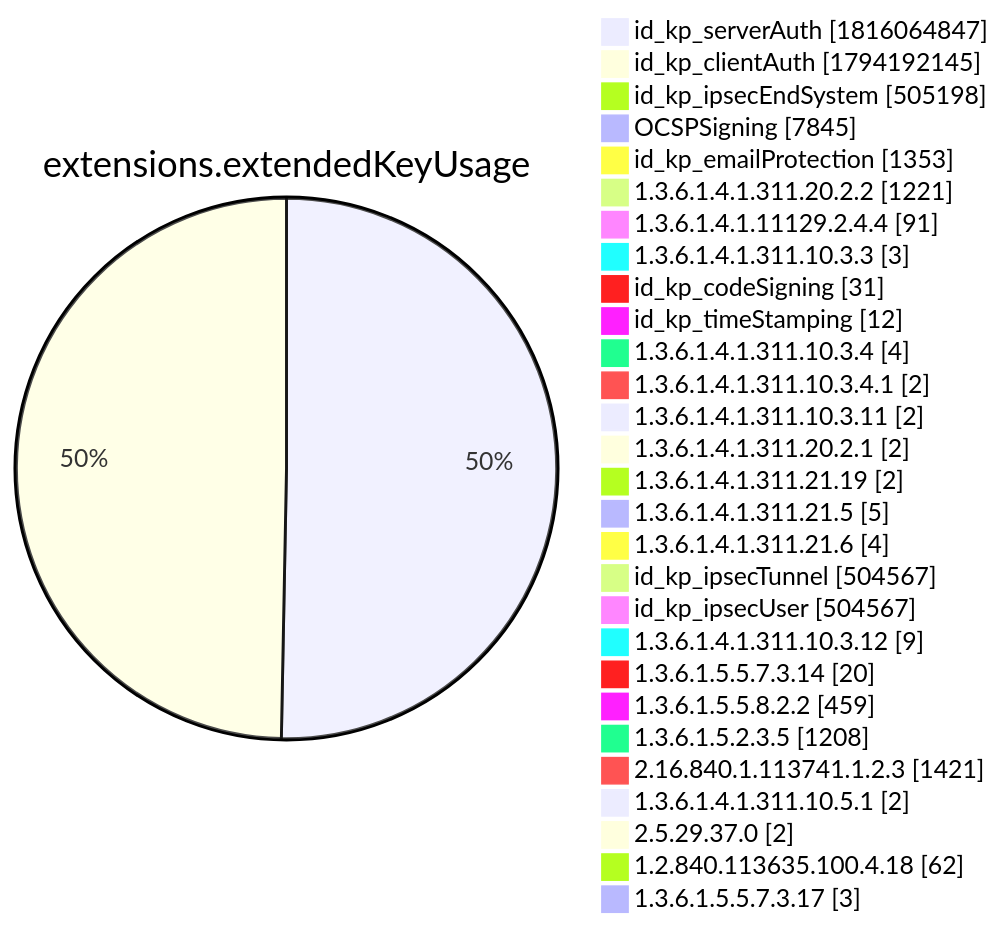
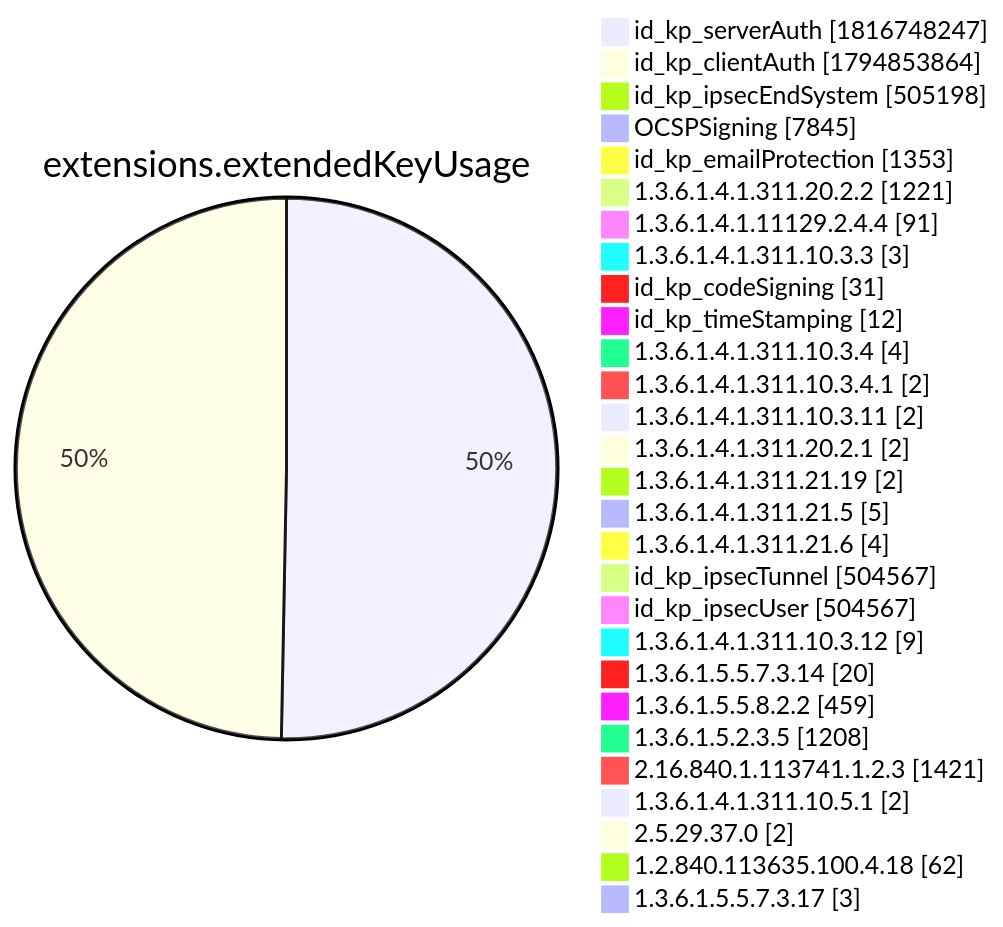
One commit to christiankrug/ctmonitor_visualization changed diagram 12 of 15 in xenon2022/README.md. Above: the diagram before and after it, drawn with Mermaid. The commit also changed other lines of this file, not shown here.

````diff
--- a/xenon2022/README.md
+++ b/xenon2022/README.md
@@ -3895,32 +3895,32 @@
 ```mermaid
 pie showData
 title extensions.extendedKeyUsage
-"id_kp_serverAuth" :1816064847
-"id_kp_clientAuth" :1794192145
+"id_kp_serverAuth" :1816748247
+"id_kp_clientAuth" :1794853864
 "id_kp_ipsecEndSystem" :505198
 "OCSPSigning" :7845
 "id_kp_emailProtection" :1353
 "1.3.6.1.4.1.311.20.2.2" :1221
 "1.3.6.1.4.1.11129.2.4.4" :91
 "1.3.6.1.4.1.311.10.3.3" :3
 "id_kp_codeSigning" :31
 "id_kp_timeStamping" :12
 "1.3.6.1.4.1.311.10.3.4" :4
 "1.3.6.1.4.1.311.10.3.4.1" :2
 "1.3.6.1.4.1.311.10.3.11" :2
 "1.3.6.1.4.1.311.20.2.1" :2
 "1.3.6.1.4.1.311.21.19" :2
 "1.3.6.1.4.1.311.21.5" :5
 "1.3.6.1.4.1.311.21.6" :4
 "id_kp_ipsecTunnel" :504567
 "id_kp_ipsecUser" :504567
 "1.3.6.1.4.1.311.10.3.12" :9
 "1.3.6.1.5.5.7.3.14" :20
 "1.3.6.1.5.5.8.2.2" :459
 "1.3.6.1.5.2.3.5" :1208
 "2.16.840.1.113741.1.2.3" :1421
 "1.3.6.1.4.1.311.10.5.1" :2
 "2.5.29.37.0" :2
 "1.2.840.113635.100.4.18" :62
 "1.3.6.1.5.5.7.3.17" :3
 ```
````
